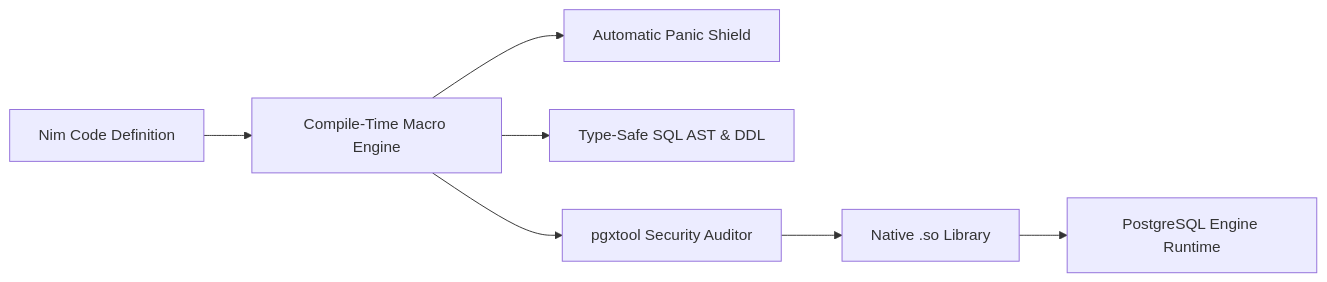
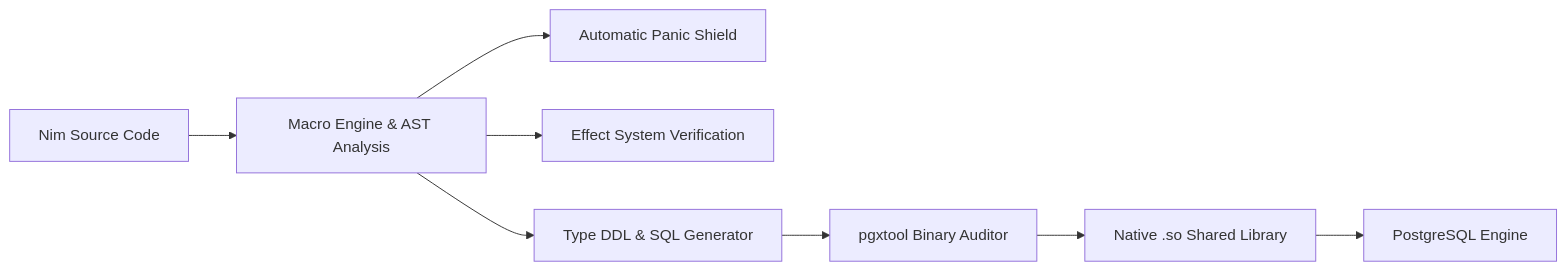
The diagram in README.md (luisacosta828/pgxcrown), drawn with Mermaid before and after one commit. The commit also changed other lines of this file and 15 other files, not shown here.

Commit message:
feat(v0.17.0): universal object types, native jsonb, 3-layer effect sandboxing and volatility pragmas

````diff
--- a/README.md
+++ b/README.md
@@ -84,9 +108,10 @@
 ```mermaid
 graph LR
-    A[Nim Code Definition] --> B[Compile-Time Macro Engine]
-    B --> C[Automatic Panic Shield]
-    B --> D[Type-Safe SQL AST & DDL]
-    B --> E[pgxtool Security Auditor]
-    E --> F[Native .so Library]
-    F --> G[PostgreSQL Engine Runtime]
+    A["Nim Source Code"] --> B["Macro Engine & AST Analysis"]
+    B --> C["Automatic Panic Shield"]
+    B --> D["Effect System Verification"]
+    B --> E["Type DDL & SQL Generator"]
+    E --> F["pgxtool Binary Auditor"]
+    F --> G["Native .so Shared Library"]
+    G --> H["PostgreSQL Engine"]
 ```
````
